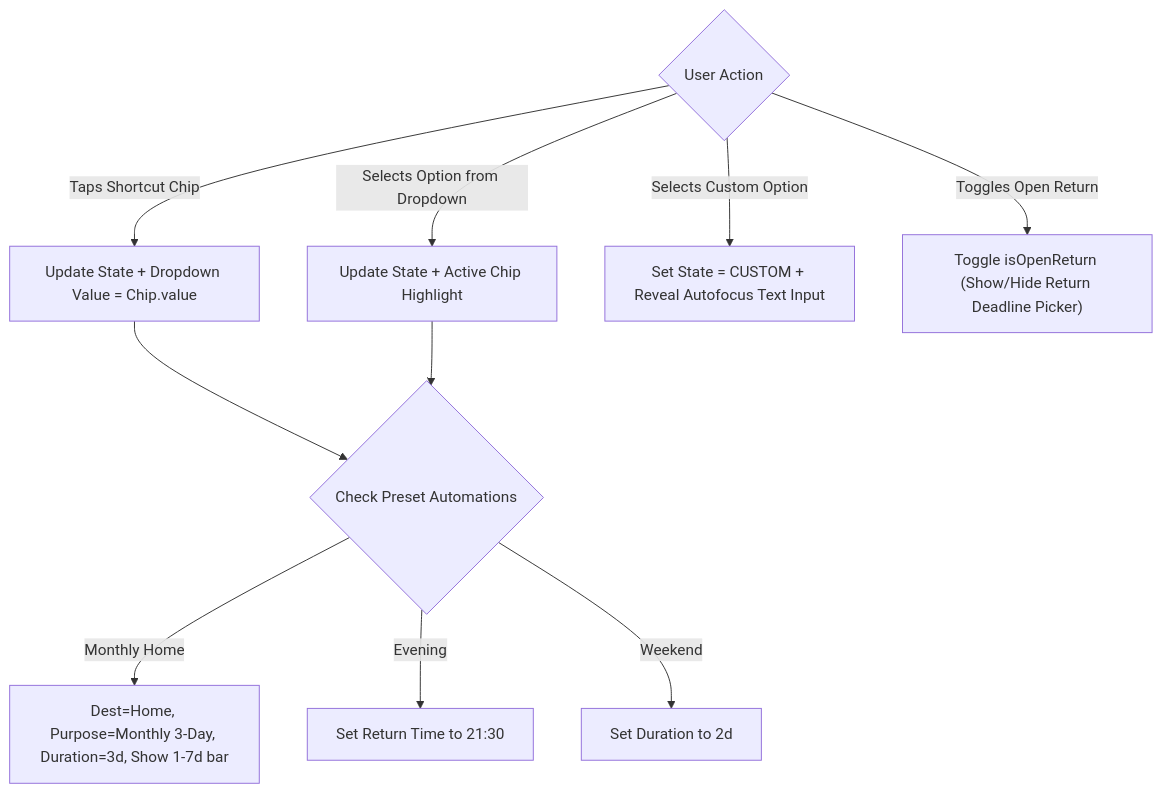
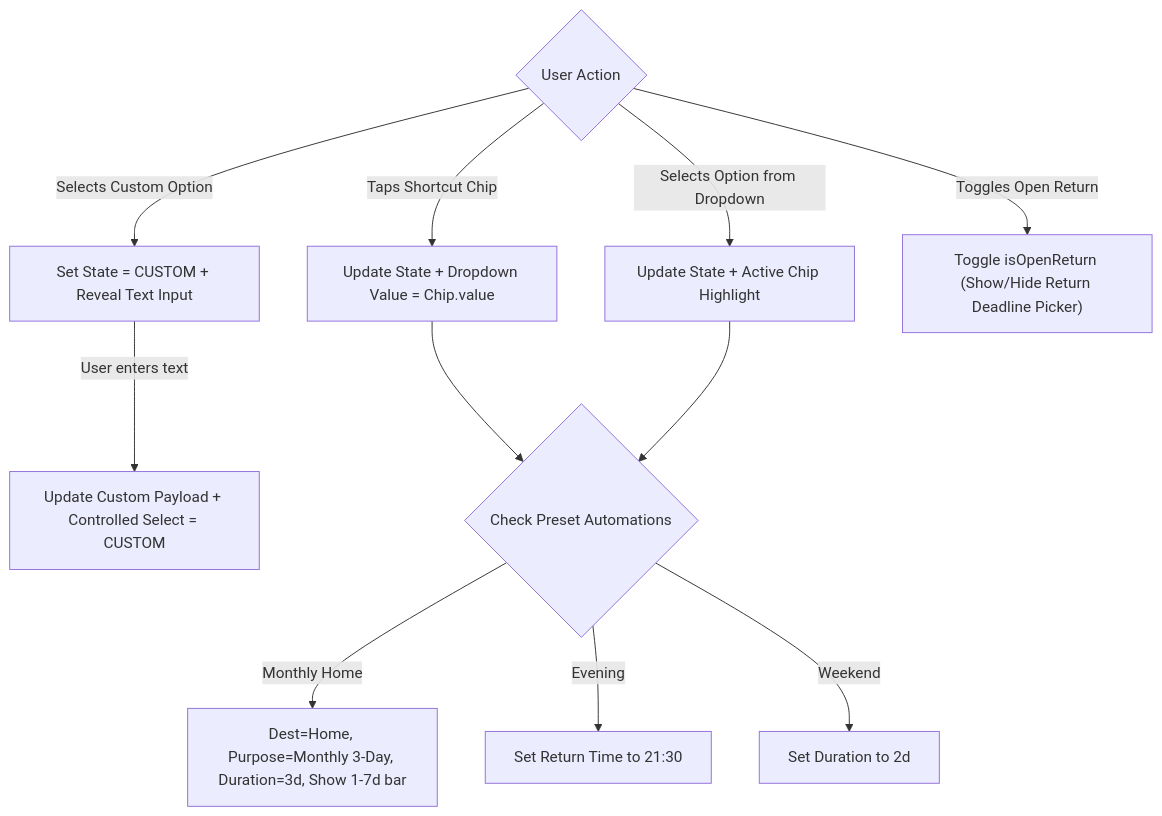
The diagram in docs/designs/compact_mobile_outpass_form.md (safmuzammil/mark-entry-app), drawn with Mermaid before and after one commit. The commit also changed other lines of this file, not shown here.

````diff
--- a/docs/designs/compact_mobile_outpass_form.md
+++ b/docs/designs/compact_mobile_outpass_form.md
@@ -105,14 +117,15 @@
 ```mermaid
 flowchart TD
     UserAction{"User Action"} -->|Taps Shortcut Chip| SetChipState["Update State + Dropdown Value = Chip.value"]
     UserAction -->|Selects Option from Dropdown| SetSelectState["Update State + Active Chip Highlight"]
-    UserAction -->|Selects Custom Option| OpenCustomInput["Set State = CUSTOM + Reveal Autofocus Text Input"]
+    UserAction -->|Selects Custom Option| OpenCustomInput["Set State = CUSTOM + Reveal Text Input"]
+    OpenCustomInput -->|User enters text| UpdateCustomPayload["Update Custom Payload + Controlled Select = CUSTOM"]
     UserAction -->|Toggles Open Return| ToggleOpenReturn["Toggle isOpenReturn (Show/Hide Return Deadline Picker)"]
 
     SetChipState --> CheckAutomations{"Check Preset Automations"}
     SetSelectState --> CheckAutomations
     
     CheckAutomations -->|Monthly Home| ApplyMonthly["Dest=Home, Purpose=Monthly 3-Day, Duration=3d, Show 1-7d bar"]
     CheckAutomations -->|Evening| ApplyEvening["Set Return Time to 21:30"]
     CheckAutomations -->|Weekend| ApplyWeekend["Set Duration to 2d"]
 ```
````
